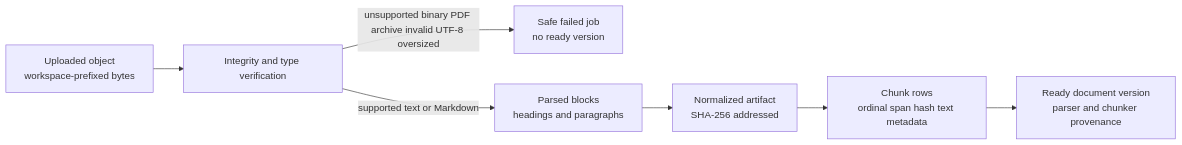
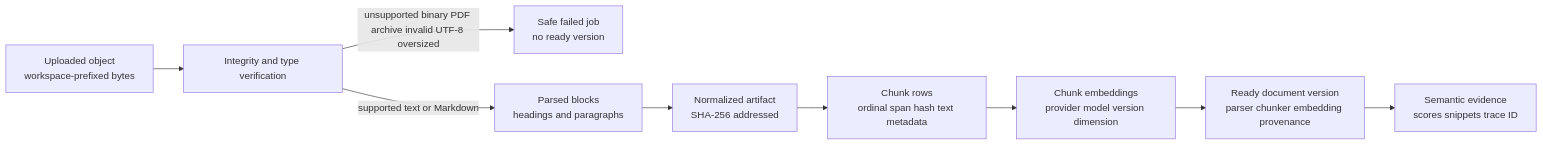
One commit to codevoks/atlas-ai changed the eighth of 13 diagrams in docs/system-design-visuals.md. Above: the diagram before and after it, drawn with Mermaid. The commit also changed other lines of this file and 32 other files, not shown here.

````diff
--- a/docs/system-design-visuals.md
+++ b/docs/system-design-visuals.md
@@ -211,17 +215,21 @@
 ```mermaid
 flowchart LR
     Upload[Uploaded object\nworkspace-prefixed bytes]
     Verify[Integrity and type verification]
     Reject[Safe failed job\nno ready version]
     Parsed[Parsed blocks\nheadings and paragraphs]
     Normalized[Normalized artifact\nSHA-256 addressed]
     Chunks[Chunk rows\nordinal span hash text metadata]
-    Ready[Ready document version\nparser and chunker provenance]
+    Embeddings[Chunk embeddings\nprovider model version dimension]
+    Search[Semantic evidence\nscores snippets trace ID]
+    Ready[Ready document version\nparser chunker embedding provenance]
 
     Upload --> Verify
     Verify -->|unsupported binary PDF archive invalid UTF-8 oversized| Reject
     Verify -->|supported text or Markdown| Parsed
     Parsed --> Normalized
     Normalized --> Chunks
-    Chunks --> Ready
+    Chunks --> Embeddings
+    Embeddings --> Ready
+    Ready --> Search
 ```
````
